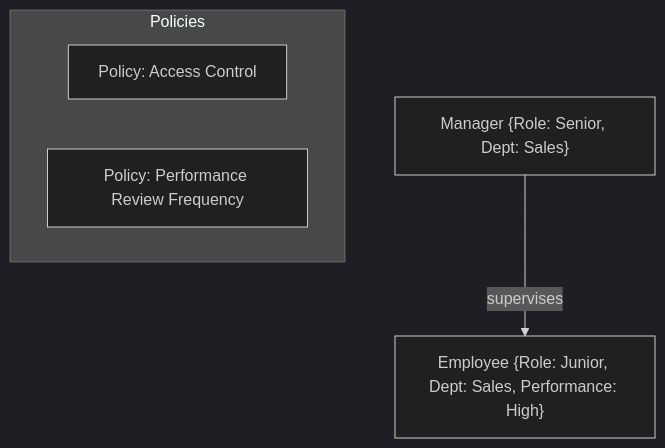
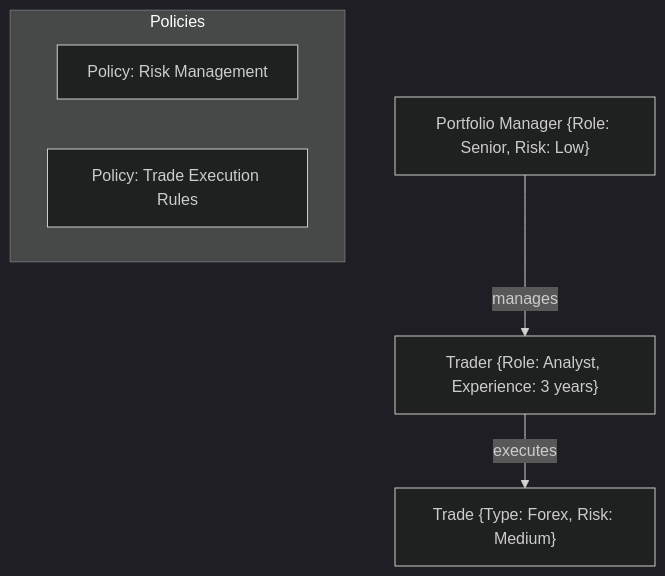
One commit to TheGuyFromTheApprentice/ActiveGraphNetworks changed the second of 8 diagrams in README.md. Above: the diagram before and after it, drawn with Mermaid (dark theme). The commit also changed other lines of this file, not shown here.

````diff
--- a/README.md
+++ b/README.md
@@ -48,10 +47,12 @@
 ```mermaid
 graph TD;
-    Manager["Manager {Role: Senior, Dept: Sales}"]
-    Employee["Employee {Role: Junior, Dept: Sales, Performance: High}"]
-    Manager -->|supervises| Employee
+    PortfolioManager["Portfolio Manager {Role: Senior, Risk: Low}"]
+    Trader["Trader {Role: Analyst, Experience: 3 years}"]
+    Trade["Trade {Type: Forex, Risk: Medium}"]
+    PortfolioManager -->|manages| Trader
+    Trader -->|executes| Trade
     subgraph Policies
-        Policy1["Policy: Access Control"]
-        Policy2["Policy: Performance Review Frequency"]
+        Policy1["Policy: Risk Management"]
+        Policy2["Policy: Trade Execution Rules"]
     end
 ```
````
